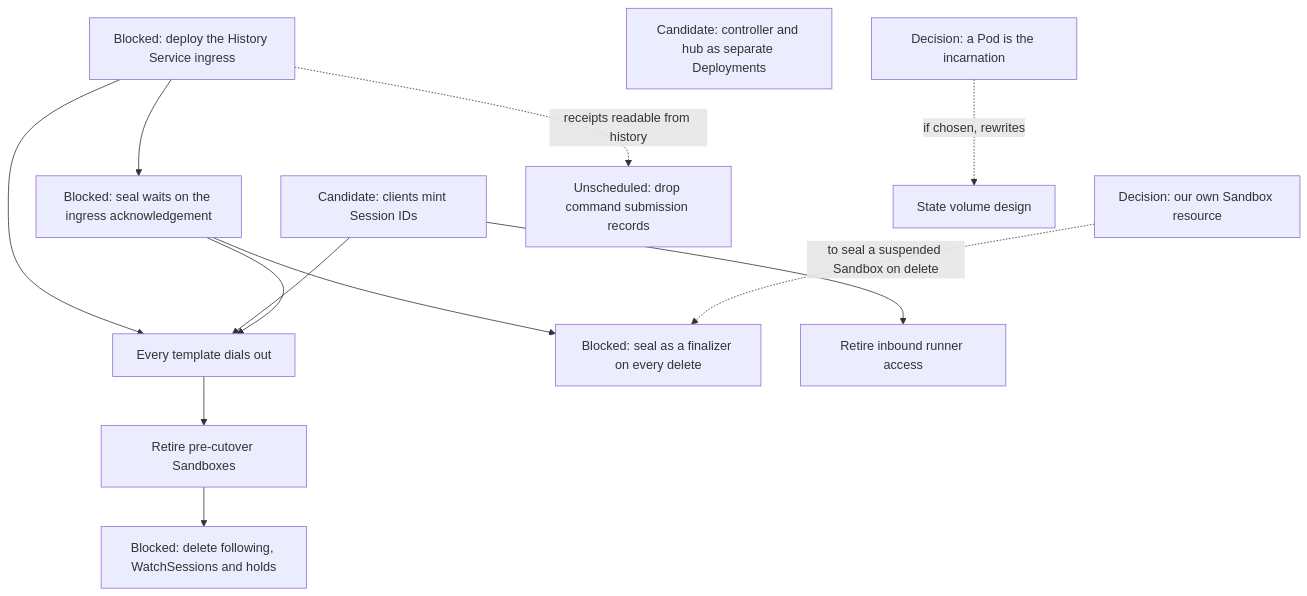
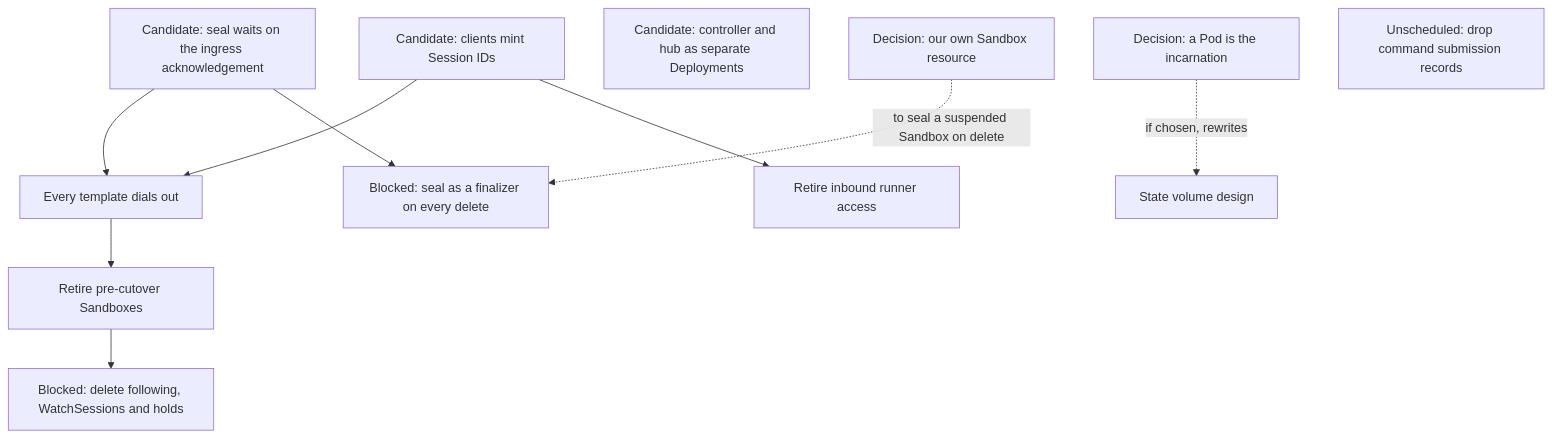
Diagram 12 of 12 in agentplane/plans/task_dag.md (agentydragon-agent/ducktape), drawn with Mermaid before and after one commit. The commit also changed other lines of this file and 13 other files, not shown here.

First line of the commit message:
agentplane: deploy the History Service runner ingress (HISTORY_INGRESS) (#9876)

````diff
--- a/agentplane/plans/task_dag.md
+++ b/agentplane/plans/task_dag.md
@@ -889,25 +888,21 @@
 ```mermaid
 flowchart TD
-    HISTORY_INGRESS[Blocked: deploy the History Service ingress]
     CLIENT_SESSION_IDS[Candidate: clients mint Session IDs]
-    SEAL_ON_INGRESS_ACK[Blocked: seal waits on the ingress acknowledgement]
+    SEAL_ON_INGRESS_ACK[Candidate: seal waits on the ingress acknowledgement]
     RUNNER_OUTBOUND_ROLLOUT[Every template dials out]
     LEGACY_SANDBOX_RETIRE[Retire pre-cutover Sandboxes]
     FOLLOW_PATH_RETIRE[Blocked: delete following, WatchSessions and holds]
     SANDBOX_SERVICE_DEPLOYMENT_SPLIT[Candidate: controller and hub as separate Deployments]
     AGENTPLANE_SANDBOX_RESOURCE[Decision: our own Sandbox resource]
     POD_INCARNATION[Decision: a Pod is the incarnation]
     SEAL_FINALIZER[Blocked: seal as a finalizer on every delete]
     COMMAND_RECORDS_RETIRE[Unscheduled: drop command submission records]
-    HISTORY_INGRESS --> SEAL_ON_INGRESS_ACK
-    HISTORY_INGRESS --> RUNNER_OUTBOUND_ROLLOUT
     CLIENT_SESSION_IDS --> RUNNER_OUTBOUND_ROLLOUT
     CLIENT_SESSION_IDS --> RUNNER_INBOUND_RETIRE[Retire inbound runner access]
     SEAL_ON_INGRESS_ACK --> RUNNER_OUTBOUND_ROLLOUT
     RUNNER_OUTBOUND_ROLLOUT --> LEGACY_SANDBOX_RETIRE
     LEGACY_SANDBOX_RETIRE --> FOLLOW_PATH_RETIRE
     SEAL_ON_INGRESS_ACK --> SEAL_FINALIZER
     AGENTPLANE_SANDBOX_RESOURCE -. to seal a suspended Sandbox on delete .-> SEAL_FINALIZER
     POD_INCARNATION -. if chosen, rewrites .-> SESSION_STATE_VOLUME_DESIGN[State volume design]
-    HISTORY_INGRESS -. receipts readable from history .-> COMMAND_RECORDS_RETIRE
 ```
````
